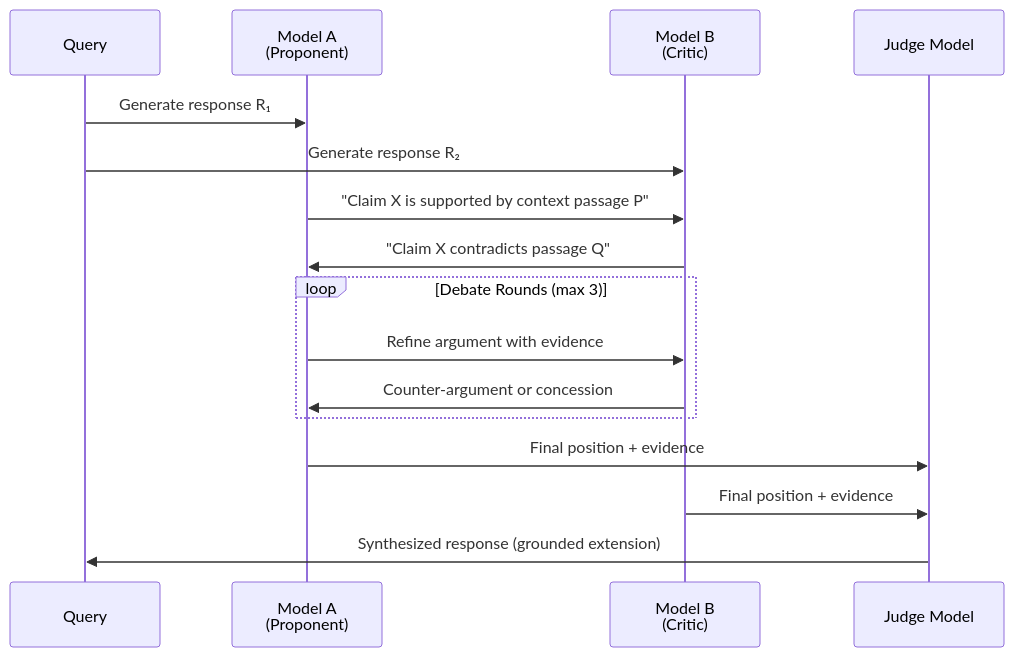
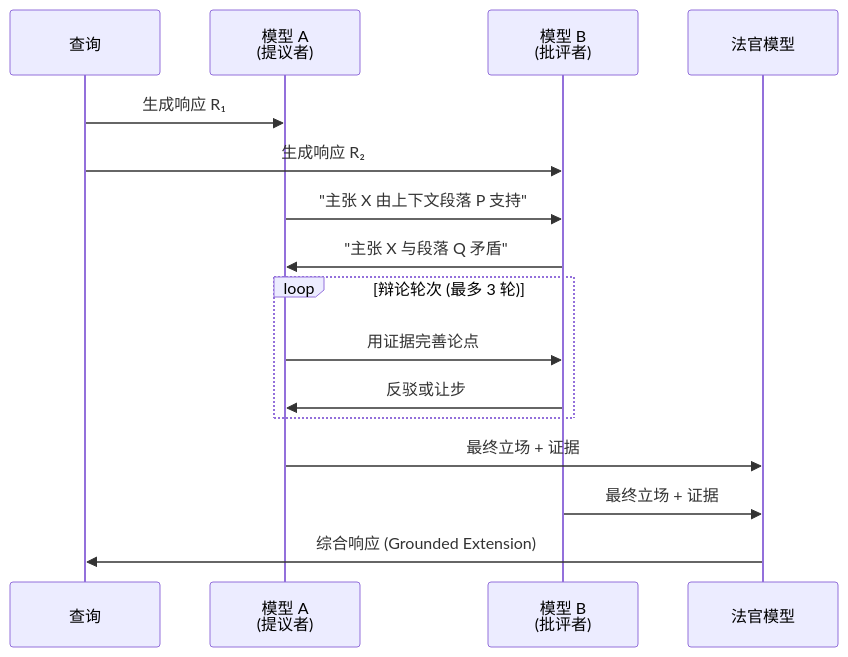
Before and after one commit to vllm-project/semantic-router: the fifth of 14 diagrams in website/i18n/zh-Hans/docusaurus-plugin-content-docs/current/proposals/hallucination-mitigation-milestone.md, drawn with Mermaid. The commit also changed other lines of this file and 7 other files, not shown here.

````diff
--- a/website/i18n/zh-Hans/docusaurus-plugin-content-docs/current/proposals/hallucination-mitigation-milestone.md
+++ b/website/i18n/zh-Hans/docusaurus-plugin-content-docs/current/proposals/hallucination-mitigation-milestone.md
@@ -504,22 +498,22 @@
 ```mermaid
 sequenceDiagram
-    participant Q as Query
-    participant M1 as Model A<br/>(Proponent)
-    participant M2 as Model B<br/>(Critic)
-    participant J as Judge Model
+    participant Q as 查询
+    participant M1 as 模型 A<br/>(提议者)
+    participant M2 as 模型 B<br/>(批评者)
+    participant J as 法官模型
 
-    Q->>M1: Generate response R₁
-    Q->>M2: Generate response R₂
+    Q->>M1: 生成响应 R₁
+    Q->>M2: 生成响应 R₂
 
-    M1->>M2: "Claim X is supported by context passage P"
-    M2->>M1: "Claim X contradicts passage Q"
+    M1->>M2: "主张 X 由上下文段落 P 支持"
+    M2->>M1: "主张 X 与段落 Q 矛盾"
 
-    loop Debate Rounds (max 3)
-        M1->>M2: Refine argument with evidence
-        M2->>M1: Counter-argument or concession
+    loop 辩论轮次 (最多 3 轮)
+        M1->>M2: 用证据完善论点
+        M2->>M1: 反驳或让步
     end
 
-    M1->>J: Final position + evidence
-    M2->>J: Final position + evidence
-    J->>Q: Synthesized response (grounded extension)
+    M1->>J: 最终立场 + 证据
+    M2->>J: 最终立场 + 证据
+    J->>Q: 综合响应 (Grounded Extension)
 ```
````
